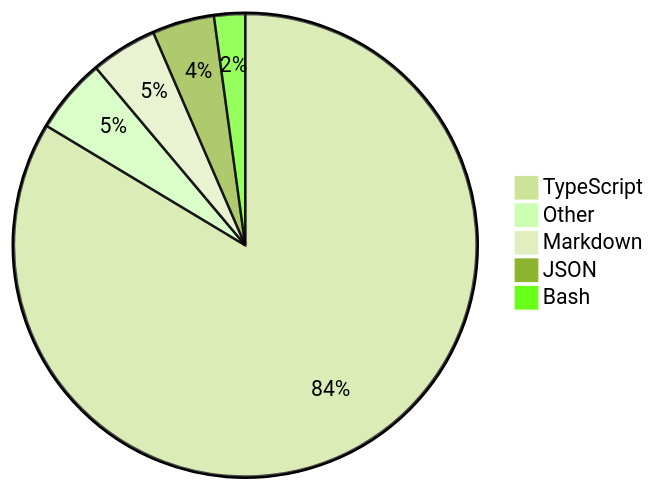
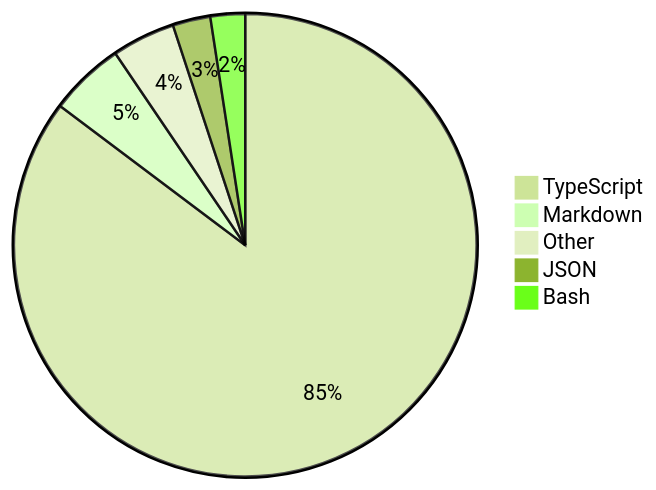
One commit to skvggor/skvggor changed the diagram in README.md. Above: the diagram before and after it, drawn with Mermaid (forest theme).

Commit message:
Updated waka-readme graph with new metrics

````diff
--- a/README.md
+++ b/README.md
@@ -16,8 +16,8 @@
 ```mermaid
 pie
-    "TypeScript" : 81.1
-    "Other" : 5.1
-    "Markdown" : 4.5
-    "JSON" : 4.2
-    "Bash" : 2.1
+    "TypeScript" : 81.0
+    "Markdown" : 5.0
+    "Other" : 4.2
+    "JSON" : 2.5
+    "Bash" : 2.3
 ```
````
